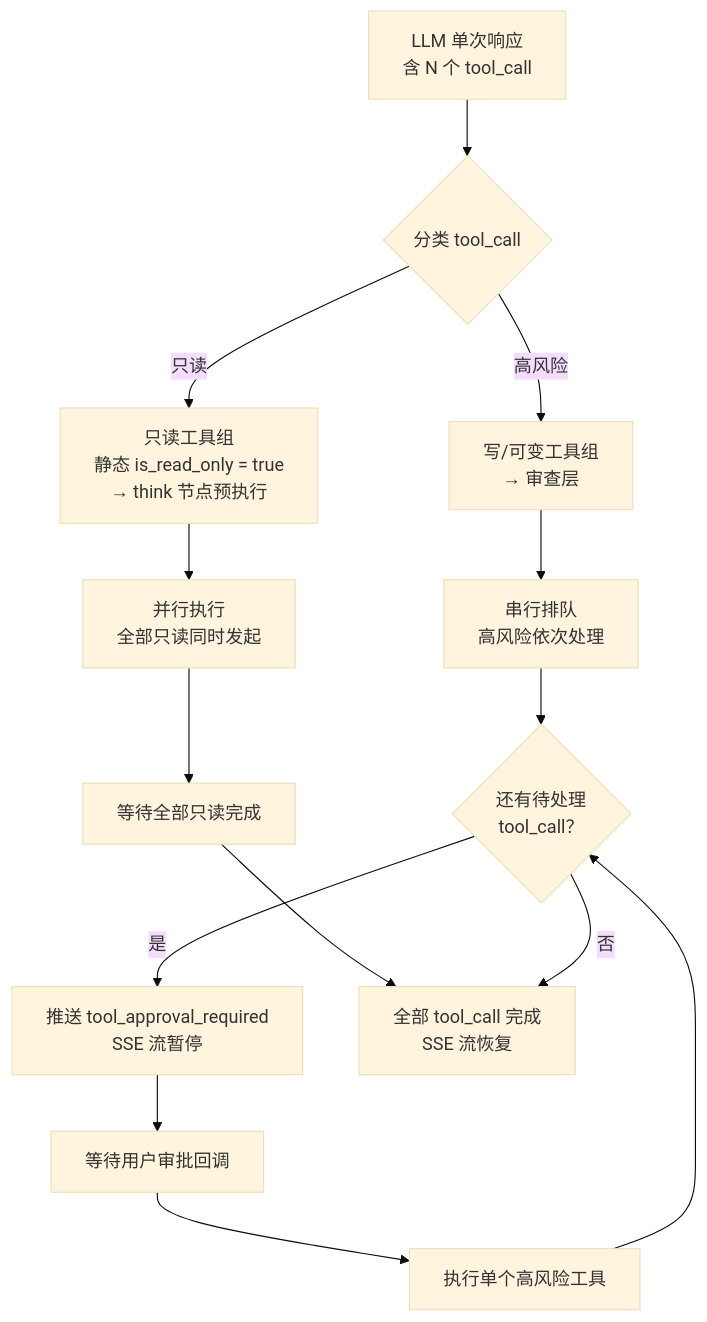
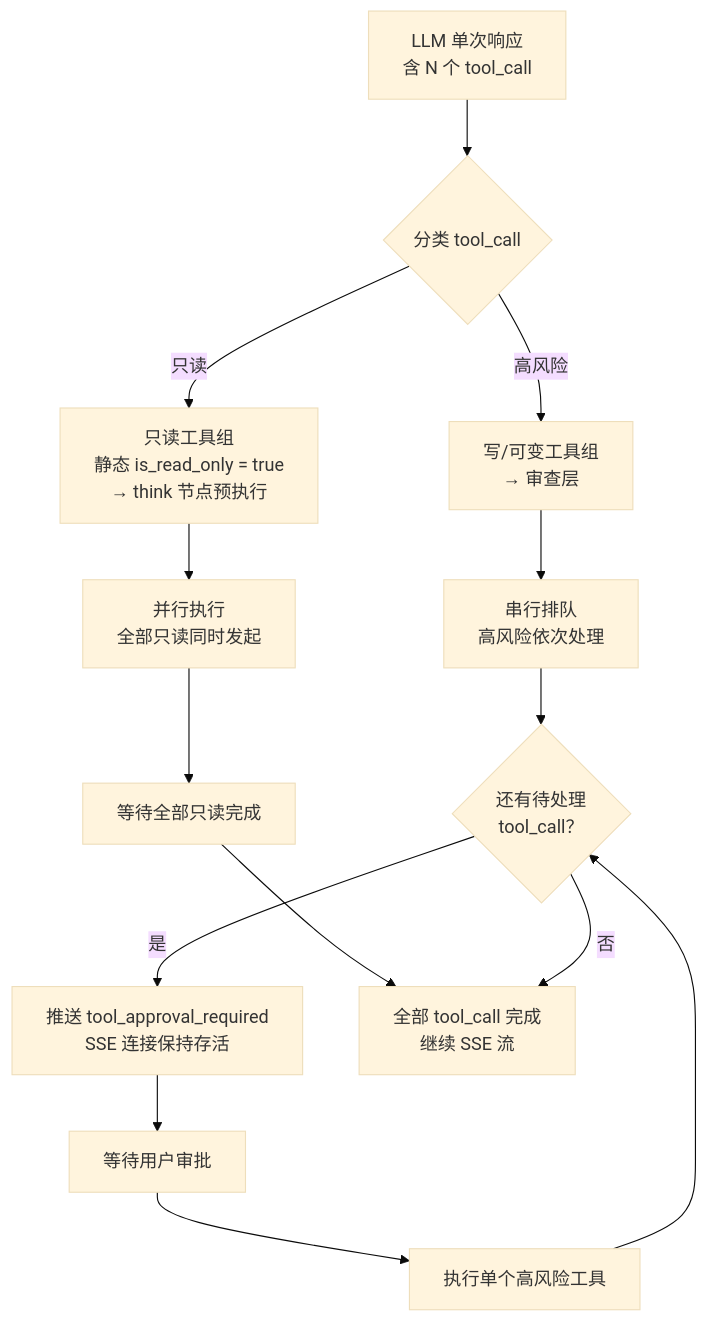
One commit to nazzeDe/alascup-agent changed the seventh of 14 diagrams in web-server/graph.md. Above: the diagram before and after it, drawn with Mermaid (base theme). The commit also changed other lines of this file and 24 other files, not shown here.

````diff
--- a/web-server/graph.md
+++ b/web-server/graph.md
@@ -394,31 +394,31 @@
 ```mermaid
 flowchart TD
     %% 声明
     llm_multi_response["LLM 单次响应<br/>含 N 个 tool_call"]
     classify{"分类 tool_call"}
     readonly_group["只读工具组<br/>静态 is_read_only = true<br/>→ think 节点预执行"]
     highrisk_group["写/可变工具组<br/>→ 审查层"]
     parallel_exec["并行执行<br/>全部只读同时发起"]
     parallel_wait["等待全部只读完成"]
     serial_queue["串行排队<br/>高风险依次处理"]
     has_next{"还有待处理<br/>tool_call？"}
-    push_approval["推送 tool_approval_required<br/>SSE 流暂停"]
-    wait_user["等待用户审批回调"]
+    push_approval["推送 tool_approval_required<br/>SSE 连接保持存活"]
+    wait_user["等待用户审批"]
     execute_one["执行单个高风险工具"]
-    merge_done["全部 tool_call 完成<br/>SSE 流恢复"]
+    merge_done["全部 tool_call 完成<br/>继续 SSE 流"]
 
     %% 连线
     llm_multi_response --> classify
     classify -- "只读" --> readonly_group
     classify -- "高风险" --> highrisk_group
     readonly_group --> parallel_exec
     parallel_exec --> parallel_wait
     highrisk_group --> serial_queue
     serial_queue --> has_next
     has_next -- "是" --> push_approval
     push_approval --> wait_user
     wait_user --> execute_one
     execute_one --> has_next
     parallel_wait --> merge_done
     has_next -- "否" --> merge_done
 ```
````
